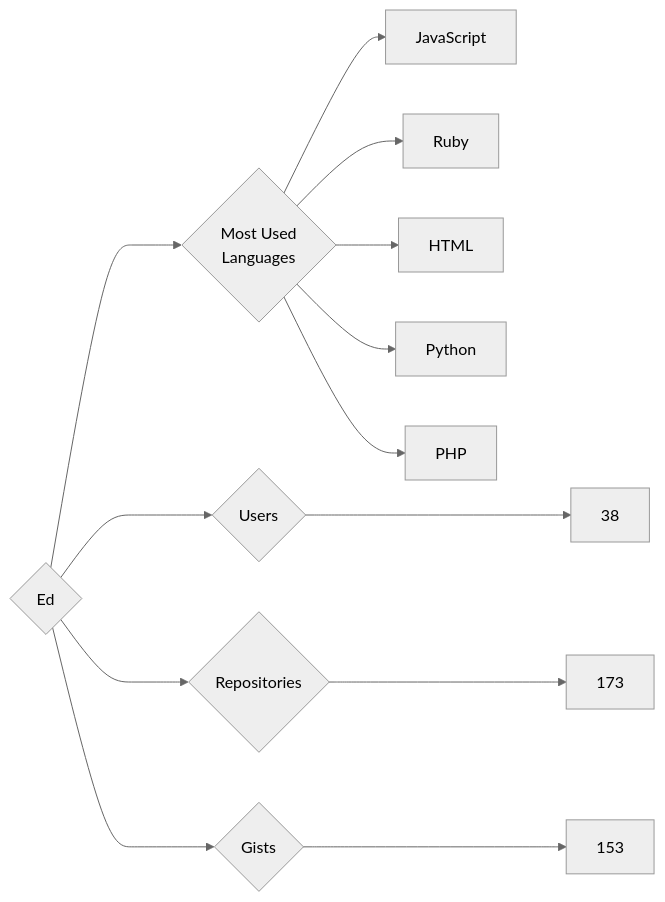
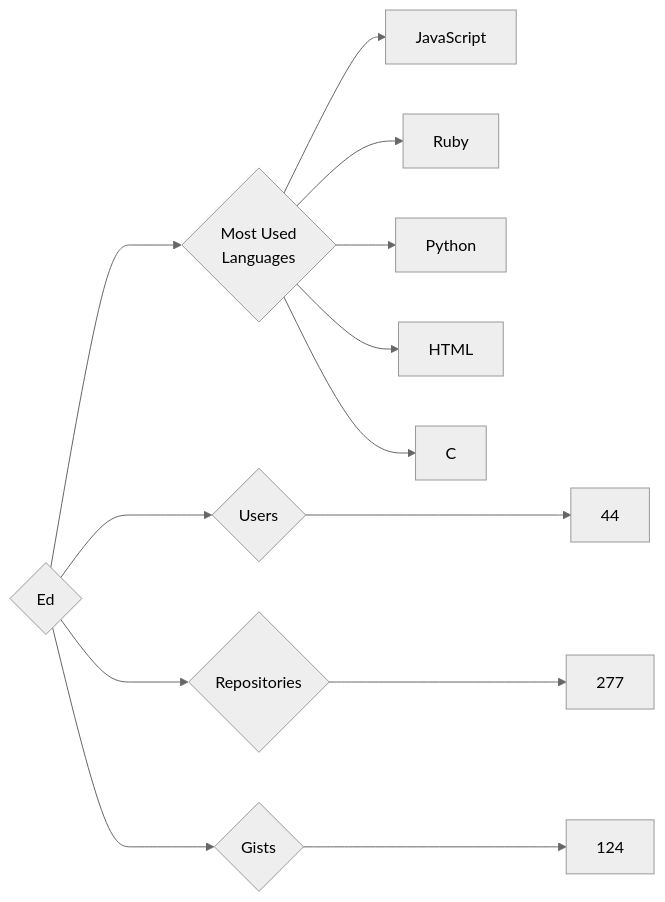
The diagram in targets/Ed/README.md (trickest/insiders), drawn with Mermaid (neutral theme) before and after one commit. The commit also changed 749 other files, not shown here.

````diff
--- a/targets/Ed/README.md
+++ b/targets/Ed/README.md
@@ -3,13 +3,13 @@
 ```mermaid
 graph LR
 COMPANY_NAME{Ed}
-COMPANY_NAME ---> U{Users} ---> UN[38]
-COMPANY_NAME ---> R{Repositories} ---> RN[173]
-COMPANY_NAME ---> G{Gists} ---> GN[153]
+COMPANY_NAME ---> U{Users} ---> UN[44]
+COMPANY_NAME ---> R{Repositories} ---> RN[277]
+COMPANY_NAME ---> G{Gists} ---> GN[124]
 COMPANY_NAME ---> ML{Most Used<br>Languages}
 ML --> JavaScript[JavaScript]
 ML --> Ruby[Ruby]
+ML --> Python[Python]
 ML --> HTML[HTML]
-ML --> Python[Python]
-ML --> PHP[PHP]
+ML --> C[C]
 ```
````
